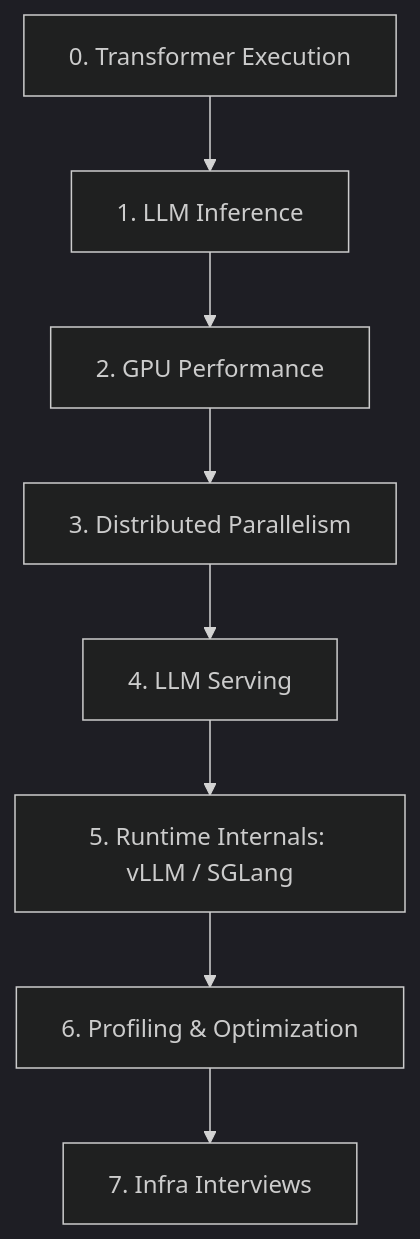
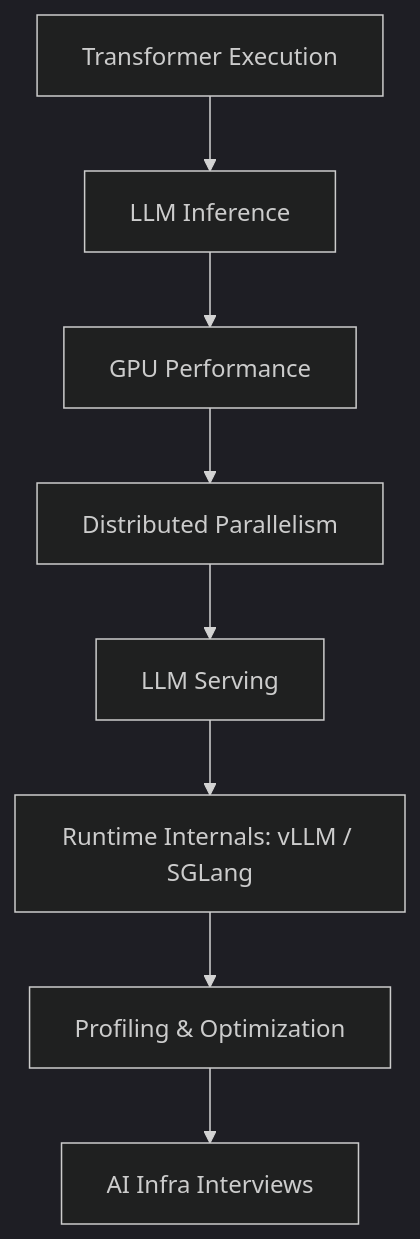
The diagram in README.md (ShengxuanQiu/AI-Infra-101), drawn with Mermaid (dark theme) before and after one commit. The commit also changed other lines of this file, not shown here.

````diff
--- a/README.md
+++ b/README.md
@@ -27,10 +45,10 @@
 ```mermaid
 flowchart TD
-    A[0. Transformer Execution] --> B[1. LLM Inference]
-    B --> C[2. GPU Performance]
-    C --> D[3. Distributed Parallelism]
-    D --> E[4. LLM Serving]
-    E --> F[5. Runtime Internals: vLLM / SGLang]
-    F --> G[6. Profiling & Optimization]
-    G --> H[7. Infra Interviews]
+    A[Transformer Execution] --> B[LLM Inference]
+    B --> C[GPU Performance]
+    C --> D[Distributed Parallelism]
+    D --> E[LLM Serving]
+    E --> F[Runtime Internals: vLLM / SGLang]
+    F --> G[Profiling & Optimization]
+    G --> H[AI Infra Interviews]
 ```
````
